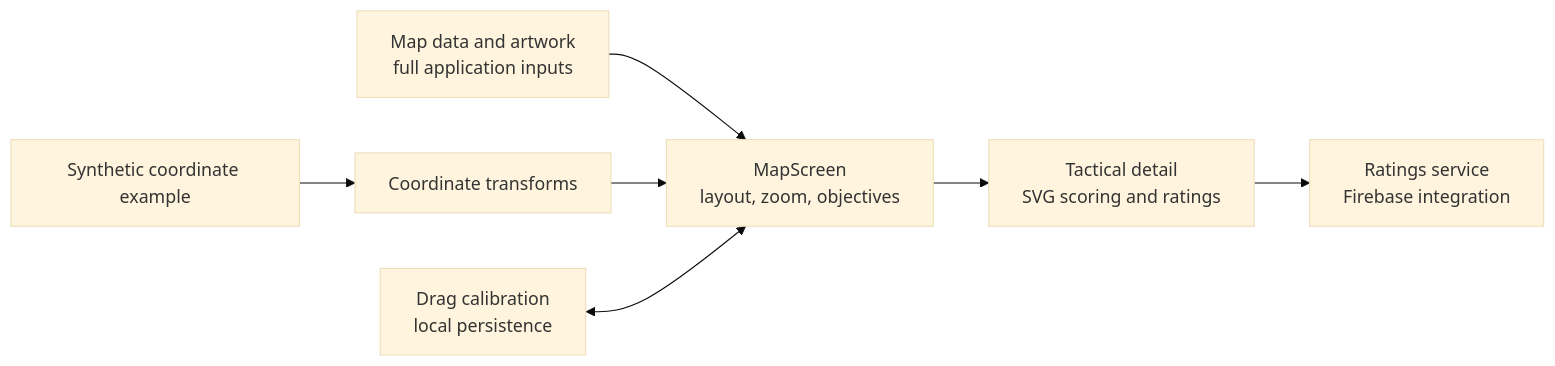
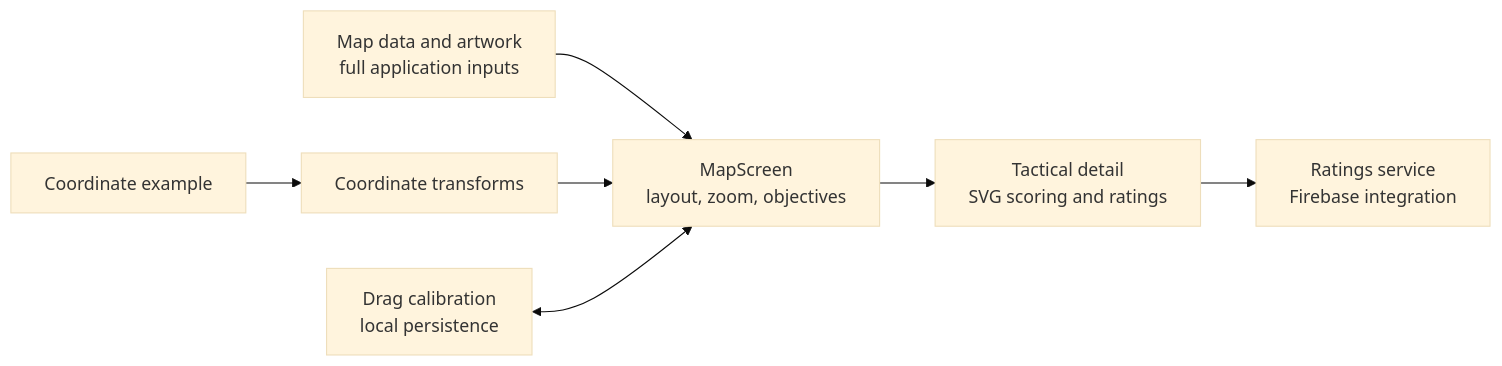
One commit to adolphwhite7/bo7-tactical-map-engineering changed the diagram in README.md. Above: the diagram before and after it, drawn with Mermaid (base theme). The commit also changed other lines of this file and 3 other files, not shown here.

````diff
--- a/README.md
+++ b/README.md
@@ -30,9 +30,9 @@
 ```mermaid
 flowchart LR
   MapInputs["Map data and artwork<br/>full application inputs"] --> Map["MapScreen<br/>layout, zoom, objectives"]
   Math["Coordinate transforms"] --> Map
   Calibration["Drag calibration<br/>local persistence"] <--> Map
   Map --> Detail["Tactical detail<br/>SVG scoring and ratings"]
   Detail --> Ratings["Ratings service<br/>Firebase integration"]
-  Synthetic["Synthetic coordinate example"] --> Math
+  Example["Coordinate example"] --> Math
 ```
````
